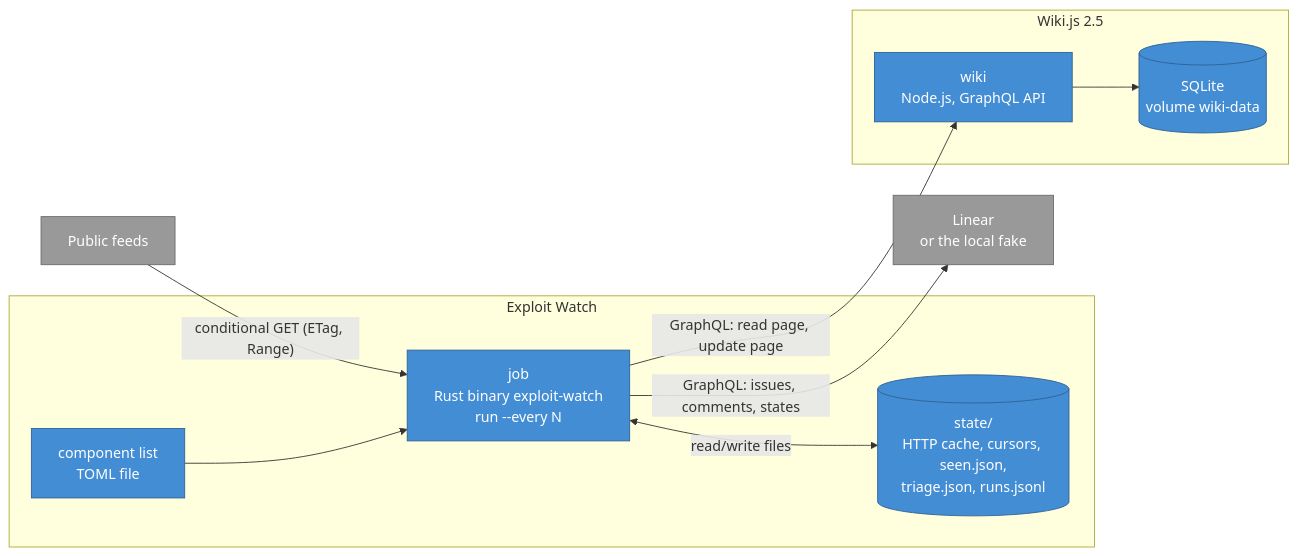
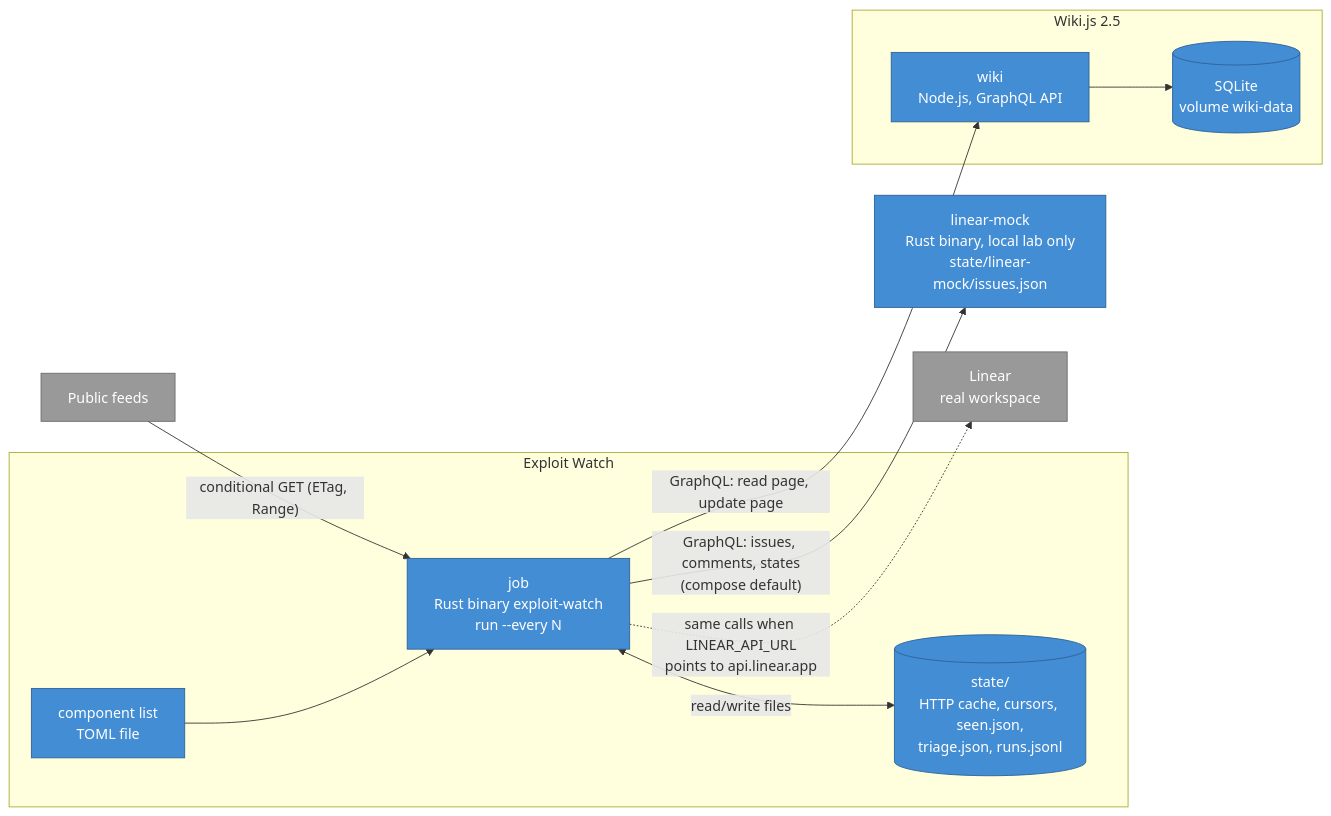
Before and after one commit to mckema/cyber-dashboard: the second of 4 diagrams in README.md, drawn with Mermaid. The commit also changed other lines of this file and 11 other files, not shown here.

First line of the commit message:
feat(triage): add a linear-mock service and drop the fake tracker

````diff
--- a/README.md
+++ b/README.md
@@ -82,24 +82,26 @@
 ```mermaid
 flowchart LR
   classDef container fill:#438dd5,stroke:#2e6295,color:#fff
   classDef ext fill:#999,stroke:#6b6b6b,color:#fff
 
   feeds["Public feeds"]:::ext
   subgraph ew["Exploit Watch"]
     job["job<br/>Rust binary exploit-watch<br/>run --every N"]:::container
     state[("state/<br/>HTTP cache, cursors, seen.json,<br/>triage.json, runs.jsonl")]:::container
     comps["component list<br/>TOML file"]:::container
   end
-  linear["Linear<br/>or the local fake"]:::ext
+  mock["linear-mock<br/>Rust binary, local lab only<br/>state/linear-mock/issues.json"]:::container
+  linear["Linear<br/>real workspace"]:::ext
   subgraph wk["Wiki.js 2.5"]
     app["wiki<br/>Node.js, GraphQL API"]:::container
     db[("SQLite<br/>volume wiki-data")]:::container
   end
 
   feeds -->|"conditional GET (ETag, Range)"| job
   job <-->|"read/write files"| state
   comps --> job
-  job -->|"GraphQL: issues, comments, states"| linear
+  job -->|"GraphQL: issues, comments, states<br/>(compose default)"| mock
+  job -.->|"same calls when LINEAR_API_URL<br/>points to api.linear.app"| linear
   job -->|"GraphQL: read page, update page"| app
   app --> db
 ```
````
